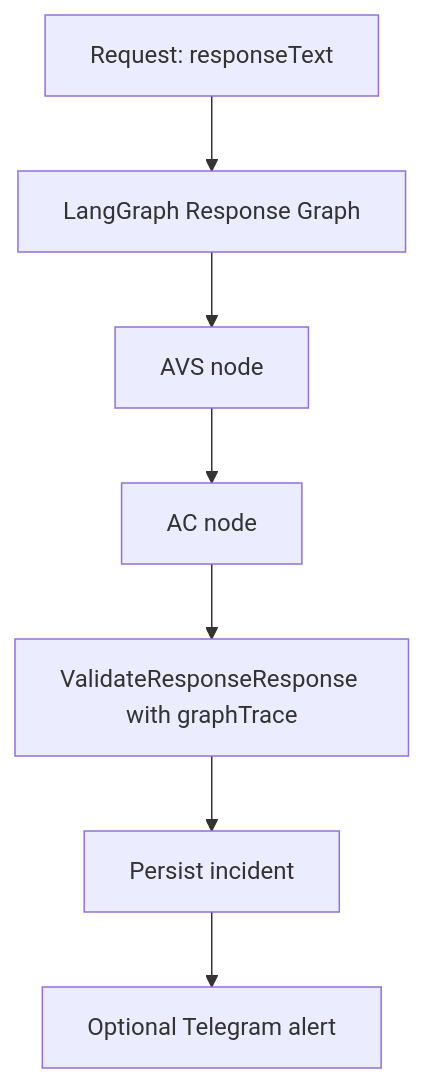
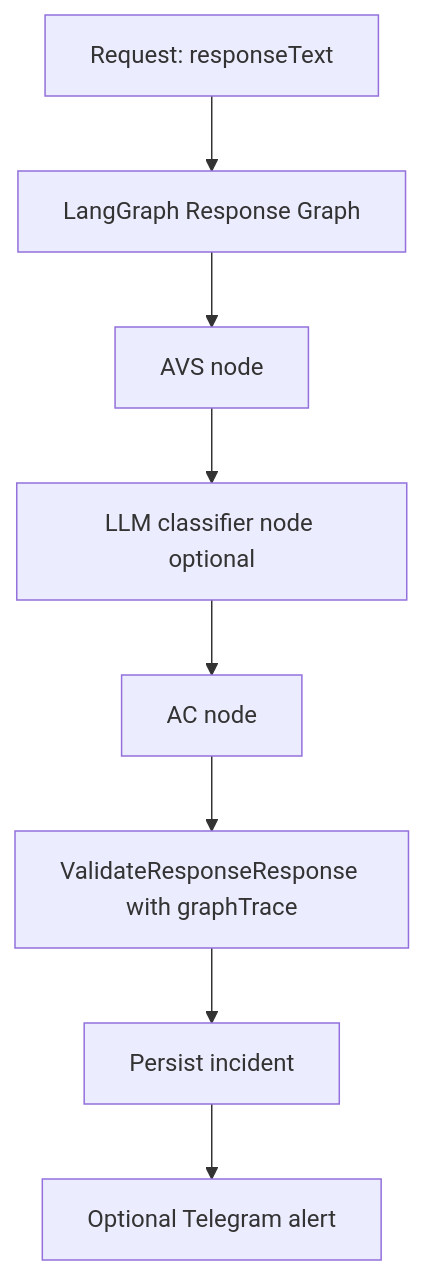
Before and after one commit to noukpoherve/confidentialAI: the third of 3 diagrams in docs/NOTION_WORKFLOW_GUIDE.md, drawn with Mermaid. The commit also changed other lines of this file, not shown here.

First line of the commit message:
docs: sync Notion workflow guide with LLM classifier graph

````diff
--- a/docs/NOTION_WORKFLOW_GUIDE.md
+++ b/docs/NOTION_WORKFLOW_GUIDE.md
@@ -59,9 +62,10 @@
 ```mermaid
 flowchart TD
     A[Request: responseText] --> B[LangGraph Response Graph]
     B --> C[AVS node]
-    C --> D[AC node]
-    D --> E[ValidateResponseResponse with graphTrace]
-    E --> F[Persist incident]
-    F --> G[Optional Telegram alert]
+    C --> D[LLM classifier node optional]
+    D --> E[AC node]
+    E --> F[ValidateResponseResponse with graphTrace]
+    F --> G[Persist incident]
+    G --> H[Optional Telegram alert]
 ```
````
